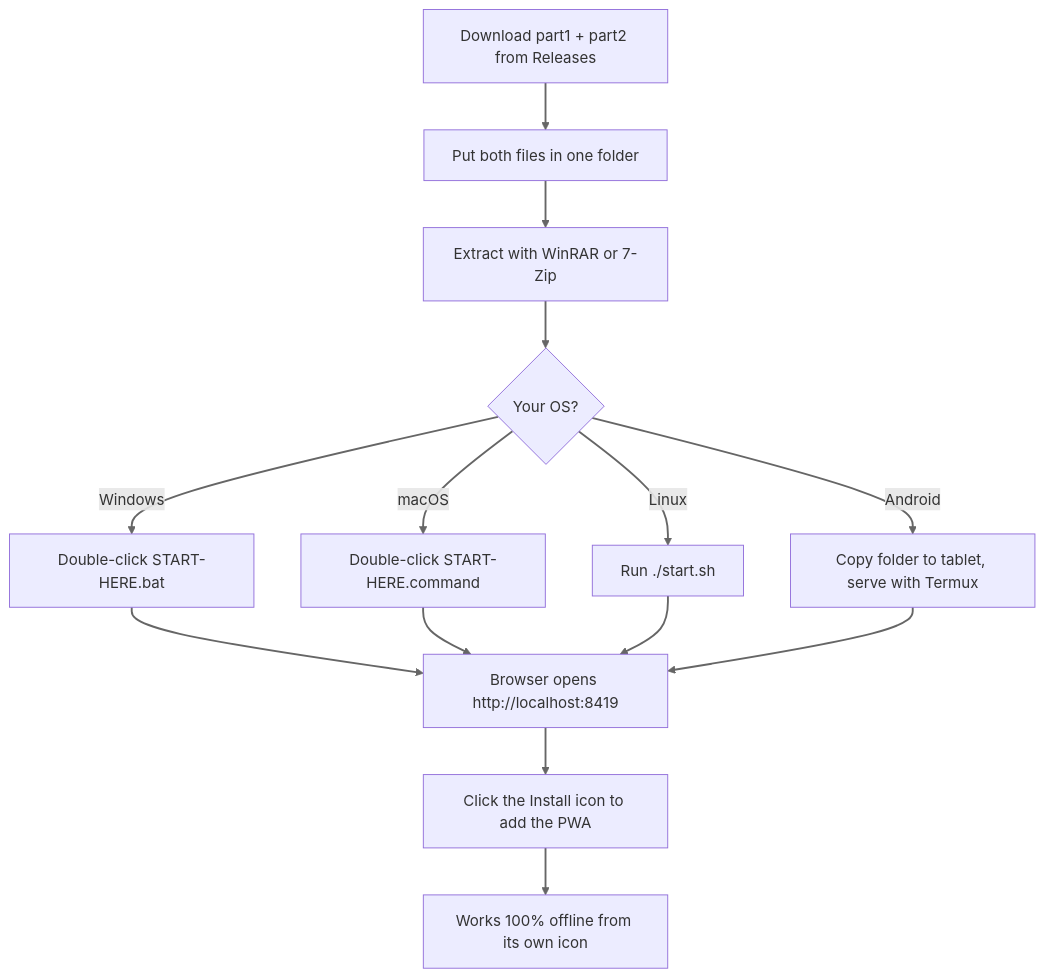
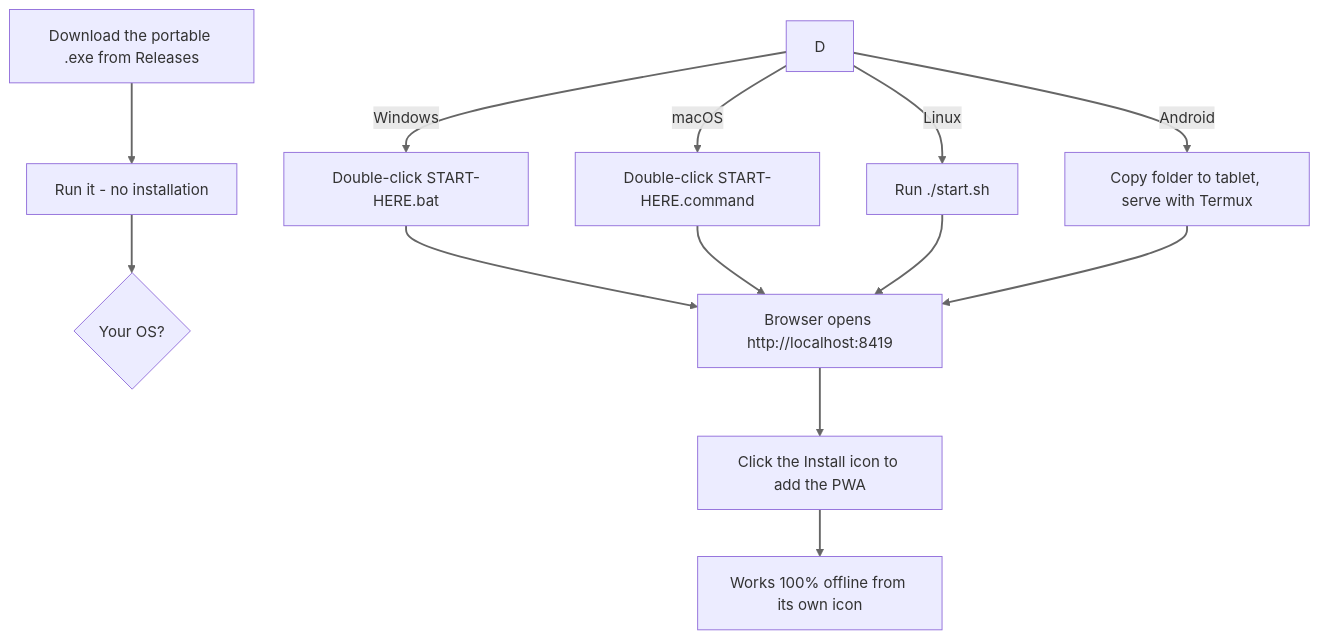
The fourth of 4 diagrams in README.md (DeployModeIO/integritywatch-field), drawn with Mermaid before and after one commit. The commit also changed other lines of this file and 33 other files, not shown here.

````diff
--- a/README.md
+++ b/README.md
@@ -426,17 +426,16 @@
 ```mermaid
 flowchart TD
-    A[Download part1 + part2 from Releases] --> B[Put both files in one folder]
-    B --> C[Extract with WinRAR or 7-Zip]
-    C --> D{Your OS?}
+    A[Download the portable .exe from Releases] --> B[Run it - no installation]
+    B --> C{Your OS?}
     D -->|Windows| E[Double-click START-HERE.bat]
     D -->|macOS| F[Double-click START-HERE.command]
     D -->|Linux| G[Run ./start.sh]
     D -->|Android| K[Copy folder to tablet, serve with Termux]
     E --> H[Browser opens http://localhost:8419]
     F --> H
     G --> H
     K --> H
     H --> I[Click the Install icon to add the PWA]
     I --> J[Works 100% offline from its own icon]
     linkStyle default stroke-width:2px,fill:none,stroke:#666
 ```
````
